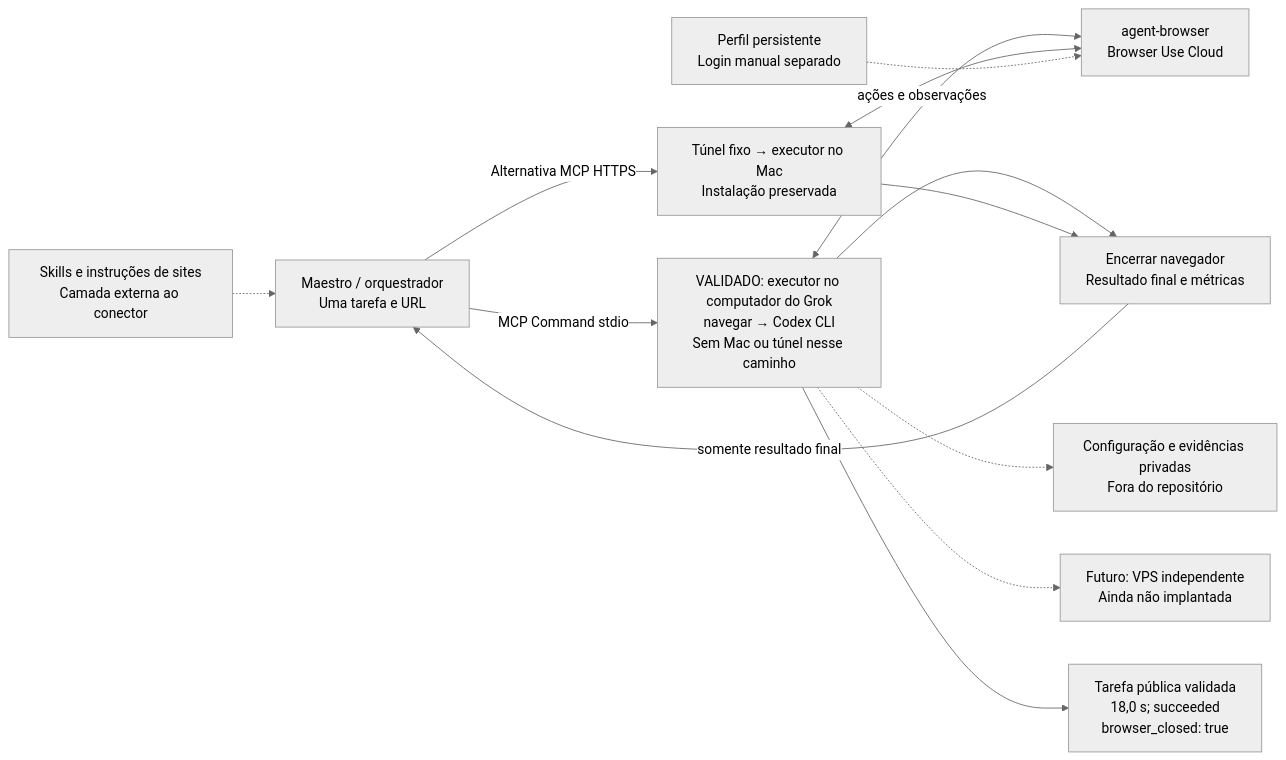
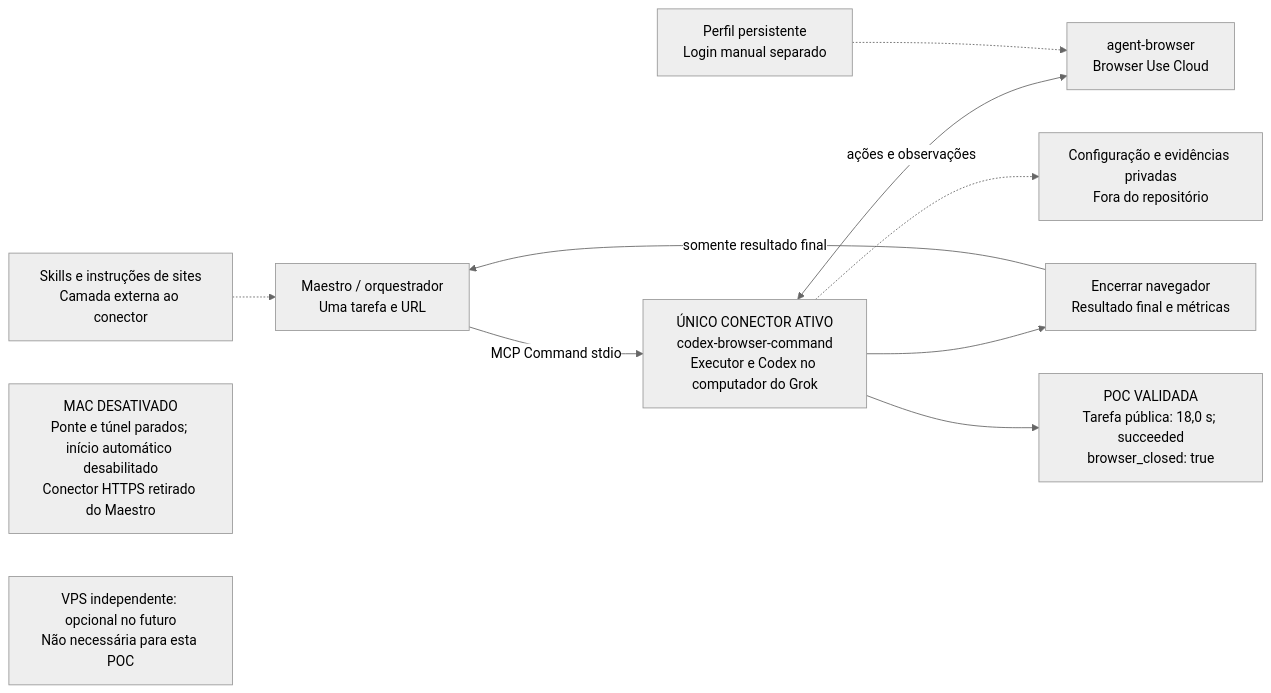
Before and after one commit to holive/codex-browser-bridge: the diagram in docs/architecture.mmd, drawn with Mermaid (neutral theme). The commit also changed 4 other files, not shown here.

Commit message:
Retire Mac bridge and tunnel after Grok command validation

```diff
--- a/docs/architecture.mmd
+++ b/docs/architecture.mmd
@@ -1,13 +1,11 @@
 flowchart LR
     K["Skills e instruções de sites<br/>Camada externa ao conector"] -.-> O["Maestro / orquestrador<br/>Uma tarefa e URL"]
-    O -->|MCP Command stdio| G["VALIDADO: executor no computador do Grok<br/>navegar → Codex CLI<br/>Sem Mac ou túnel nesse caminho"]
-    O -->|Alternativa MCP HTTPS| T["Túnel fixo → executor no Mac<br/>Instalação preservada"]
+    O -->|MCP Command stdio| G["ÚNICO CONECTOR ATIVO<br/>codex-browser-command<br/>Executor e Codex no computador do Grok"]
     G <-->|ações e observações| B["agent-browser<br/>Browser Use Cloud"]
-    T <--> B
     P["Perfil persistente<br/>Login manual separado"] -.-> B
     G --> C["Encerrar navegador<br/>Resultado final e métricas"]
-    T --> C
     C -->|somente resultado final| O
     G -.-> L["Configuração e evidências privadas<br/>Fora do repositório"]
-    G -.-> V["Futuro: VPS independente<br/>Ainda não implantada"]
-    G --> R["Tarefa pública validada<br/>18,0 s; succeeded<br/>browser_closed: true"]
+    G --> R["POC VALIDADA<br/>Tarefa pública: 18,0 s; succeeded<br/>browser_closed: true"]
+    X["MAC DESATIVADO<br/>Ponte e túnel parados; início automático desabilitado<br/>Conector HTTPS retirado do Maestro"]
+    V["VPS independente: opcional no futuro<br/>Não necessária para esta POC"]
```
